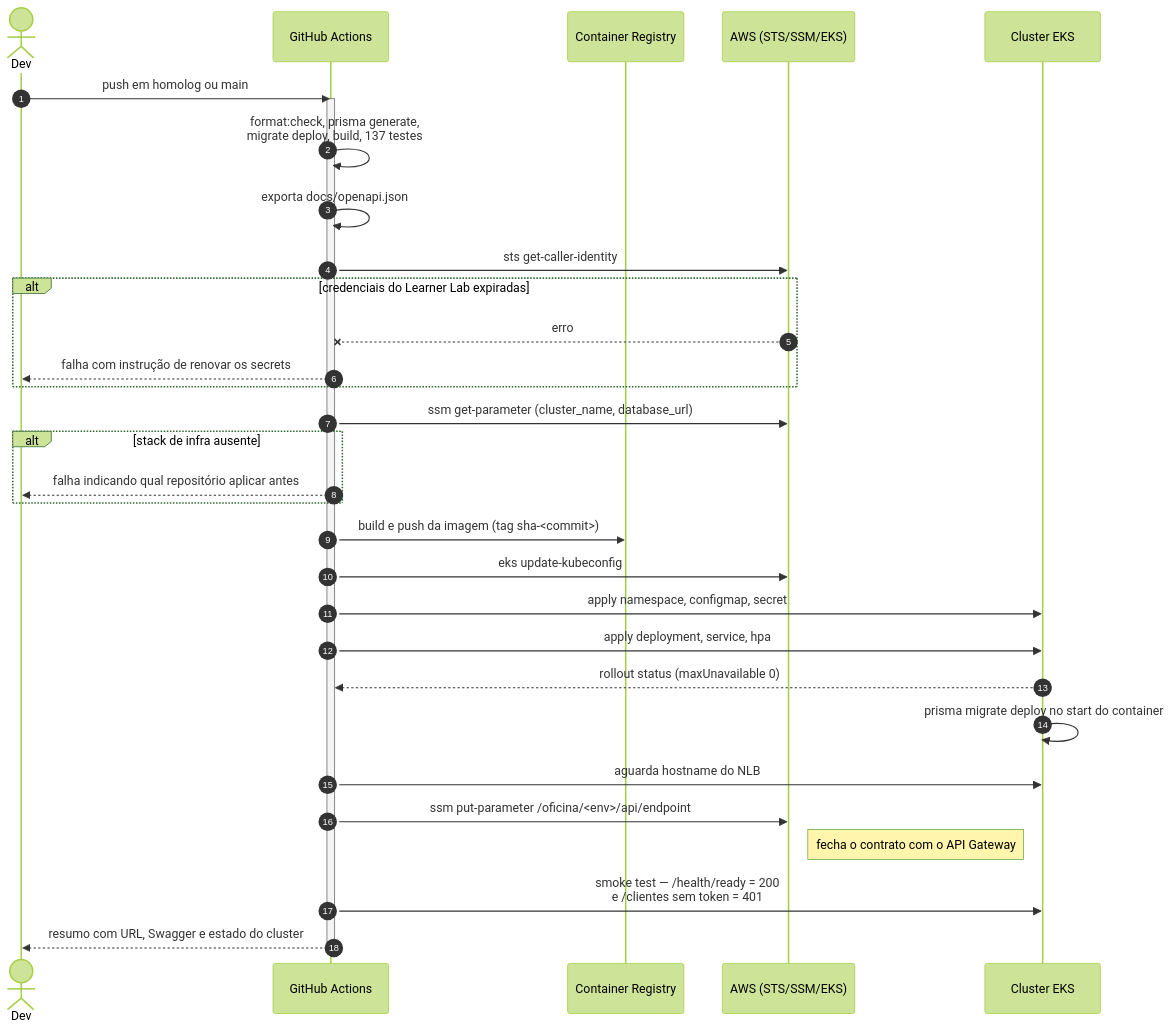
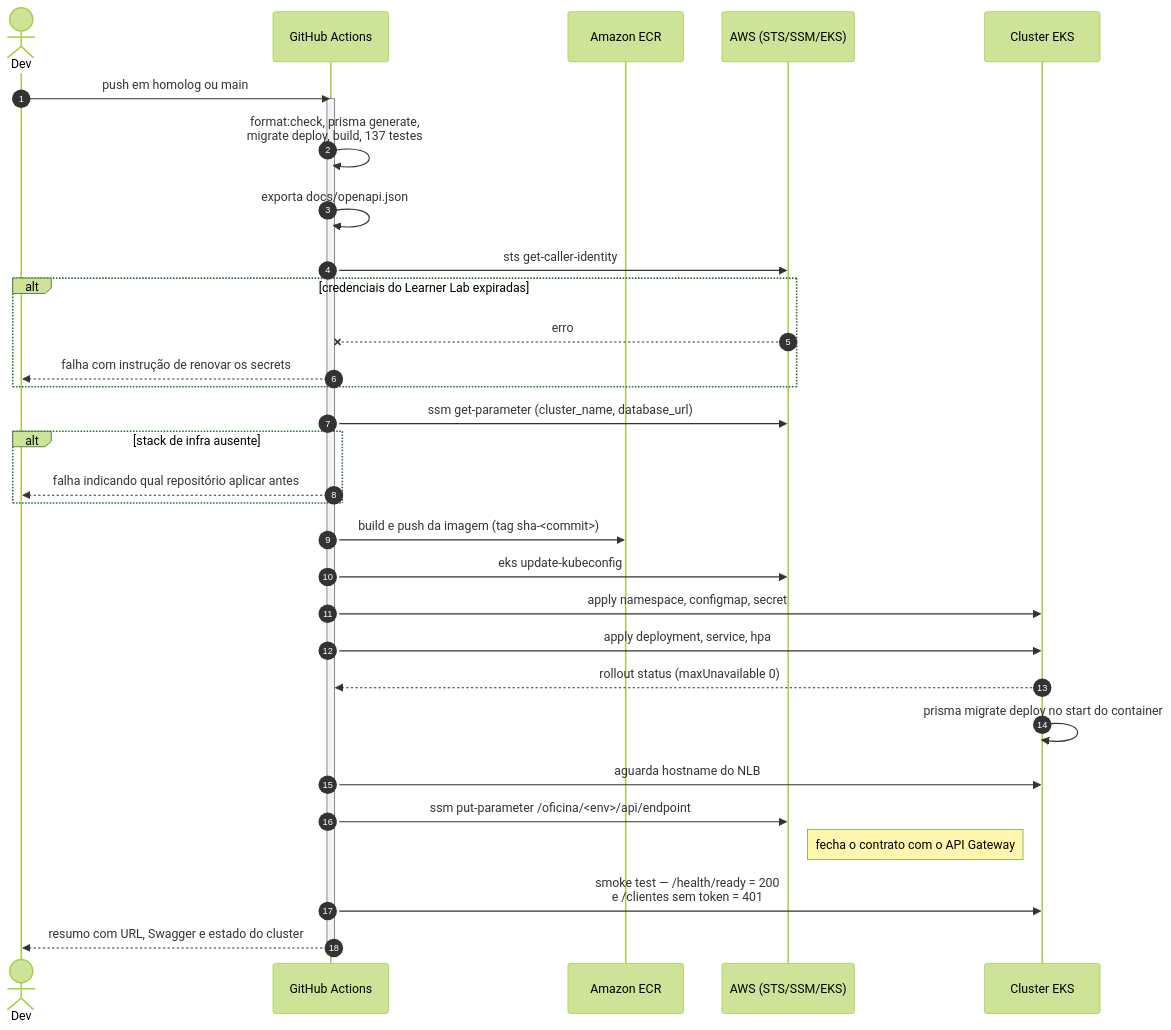
Before and after one commit to Xikin/tech_challenge: the fifth of 5 diagrams in docs/arquitetura-nuvem.md, drawn with Mermaid (forest theme). The commit also changed other lines of this file and 4 other files, not shown here.

First line of the commit message:
fix: publicar a imagem no Amazon ECR em vez do GHCR

````diff
--- a/docs/arquitetura-nuvem.md
+++ b/docs/arquitetura-nuvem.md
@@ -268,40 +268,40 @@
 ```mermaid
 sequenceDiagram
     autonumber
     actor Dev
     participant GH as GitHub Actions
-    participant GHCR as Container Registry
+    participant ECR as Amazon ECR
     participant AWS as AWS (STS/SSM/EKS)
     participant K as Cluster EKS
 
     Dev->>GH: push em homolog ou main
     activate GH
     GH->>GH: format:check, prisma generate,<br/>migrate deploy, build, 137 testes
     GH->>GH: exporta docs/openapi.json
 
     GH->>AWS: sts get-caller-identity
     alt credenciais do Learner Lab expiradas
         AWS--xGH: erro
         GH-->>Dev: falha com instrução de renovar os secrets
     end
 
     GH->>AWS: ssm get-parameter (cluster_name, database_url)
     alt stack de infra ausente
         GH-->>Dev: falha indicando qual repositório aplicar antes
     end
 
-    GH->>GHCR: build e push da imagem (tag sha-<commit>)
+    GH->>ECR: build e push da imagem (tag sha-<commit>)
     GH->>AWS: eks update-kubeconfig
     GH->>K: apply namespace, configmap, secret
     GH->>K: apply deployment, service, hpa
     K-->>GH: rollout status (maxUnavailable 0)
     K->>K: prisma migrate deploy no start do container
 
     GH->>K: aguarda hostname do NLB
     GH->>AWS: ssm put-parameter /oficina/<env>/api/endpoint
     Note right of AWS: fecha o contrato com o API Gateway
 
     GH->>K: smoke test — /health/ready = 200<br/>e /clientes sem token = 401
     GH-->>Dev: resumo com URL, Swagger e estado do cluster
     deactivate GH
 ```
````
